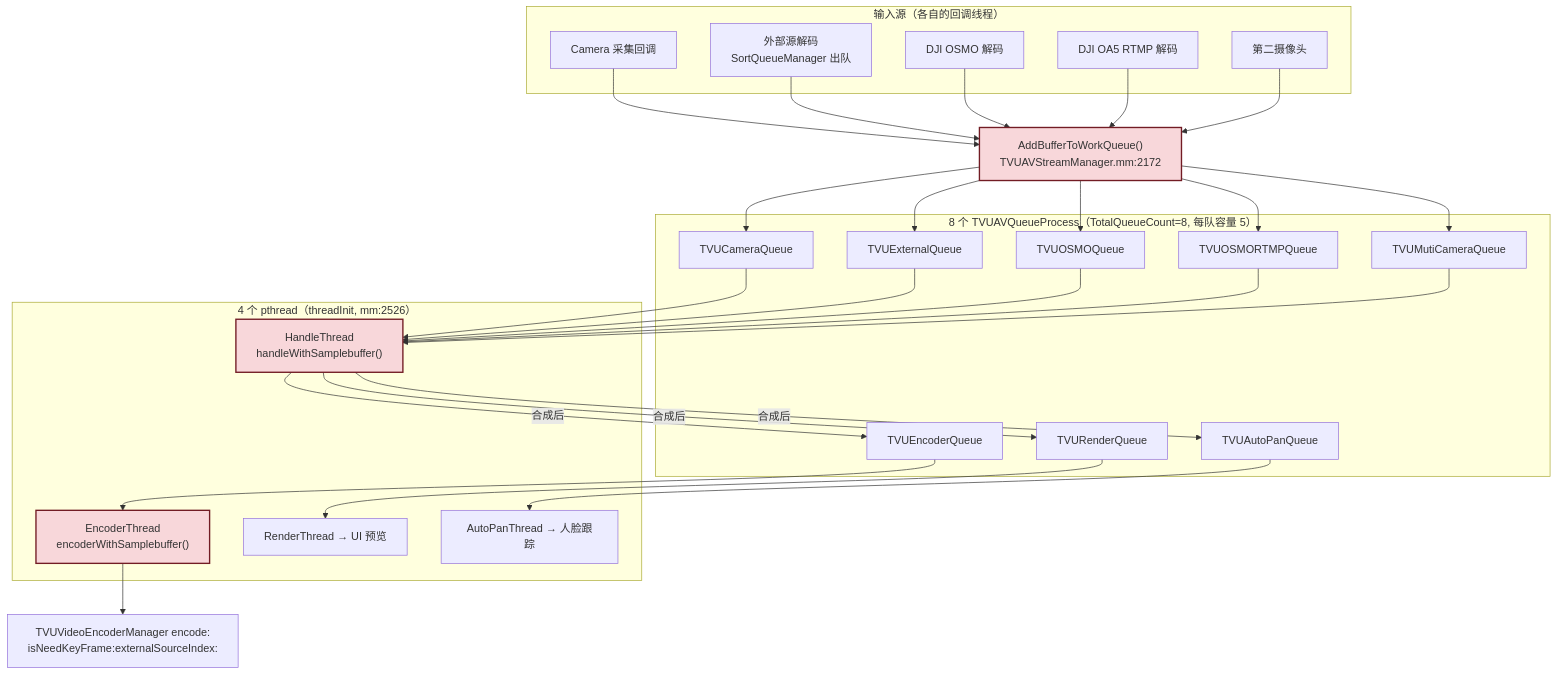
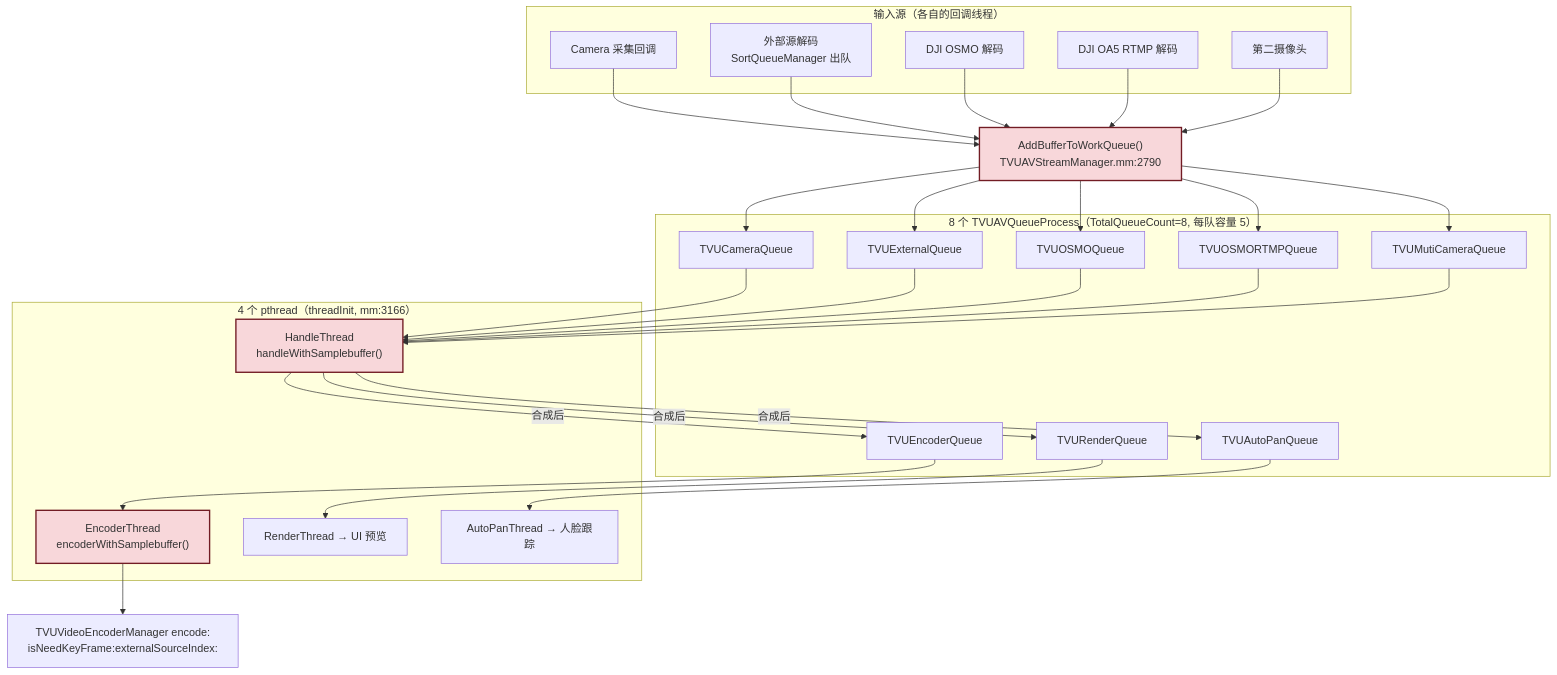
One commit to xiaerfei/WorkLabs changed the first of 2 diagrams in Doc/调研/TVUExternalSource/02-合流层-TVUAVStream.md. Above: the diagram before and after it, drawn with Mermaid. The commit also changed other lines of this file and 4 other files, not shown here.

````diff
--- a/Doc/调研/TVUExternalSource/02-合流层-TVUAVStream.md
+++ b/Doc/调研/TVUExternalSource/02-合流层-TVUAVStream.md
@@ -28,43 +34,43 @@
 ```mermaid
 graph TB
     subgraph In["输入源（各自的回调线程）"]
         Cam[Camera 采集回调]
         Ext[外部源解码<br/>SortQueueManager 出队]
         OSMO[DJI OSMO 解码]
         RTMP[DJI OA5 RTMP 解码]
         MuCam[第二摄像头]
     end
 
-    Add["AddBufferToWorkQueue()<br/>TVUAVStreamManager.mm:2172"]
+    Add["AddBufferToWorkQueue()<br/>TVUAVStreamManager.mm:2790"]
 
     subgraph Q["8 个 TVUAVQueueProcess（TotalQueueCount=8, 每队容量 5）"]
         QCam[TVUCameraQueue]
         QExt[TVUExternalQueue]
         QOSMO[TVUOSMOQueue]
         QRTMP[TVUOSMORTMPQueue]
         QMu[TVUMutiCameraQueue]
         QRender[TVURenderQueue]
         QEnc[TVUEncoderQueue]
         QPan[TVUAutoPanQueue]
     end
 
-    subgraph T["4 个 pthread（threadInit, mm:2526）"]
+    subgraph T["4 个 pthread（threadInit, mm:3166）"]
         HT["HandleThread<br/>handleWithSamplebuffer()"]
         ET["EncoderThread<br/>encoderWithSamplebuffer()"]
         RT["RenderThread → UI 预览"]
         PT["AutoPanThread → 人脸跟踪"]
     end
 
     Enc["TVUVideoEncoderManager encode:<br/>isNeedKeyFrame:externalSourceIndex:"]
 
     Cam & Ext & OSMO & RTMP & MuCam --> Add
     Add --> QCam & QExt & QOSMO & QRTMP & QMu
     QCam & QExt & QOSMO & QRTMP & QMu --> HT
     HT -->|合成后| QRender & QEnc & QPan
     QEnc --> ET --> Enc
     QRender --> RT
     QPan --> PT
 
     classDef core fill:#f8d7da,stroke:#721c24,stroke-width:2px
     class Add,HT,ET core
 ```
````
